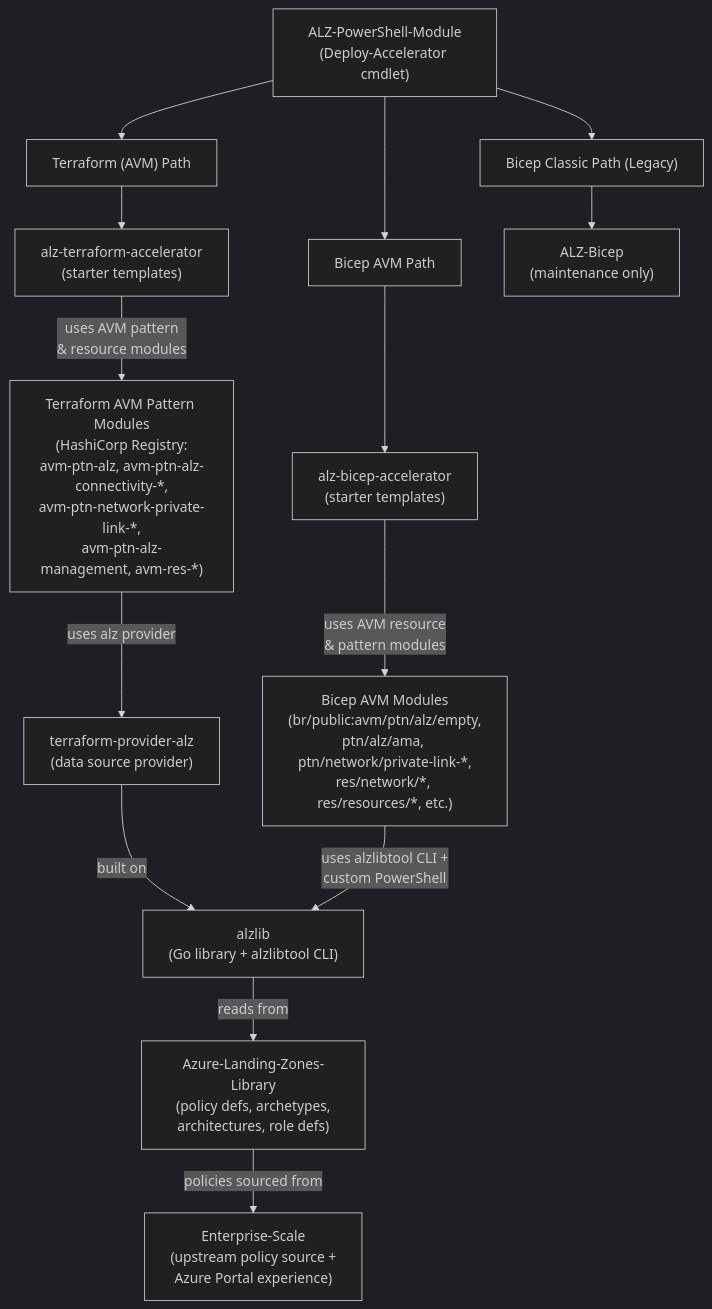
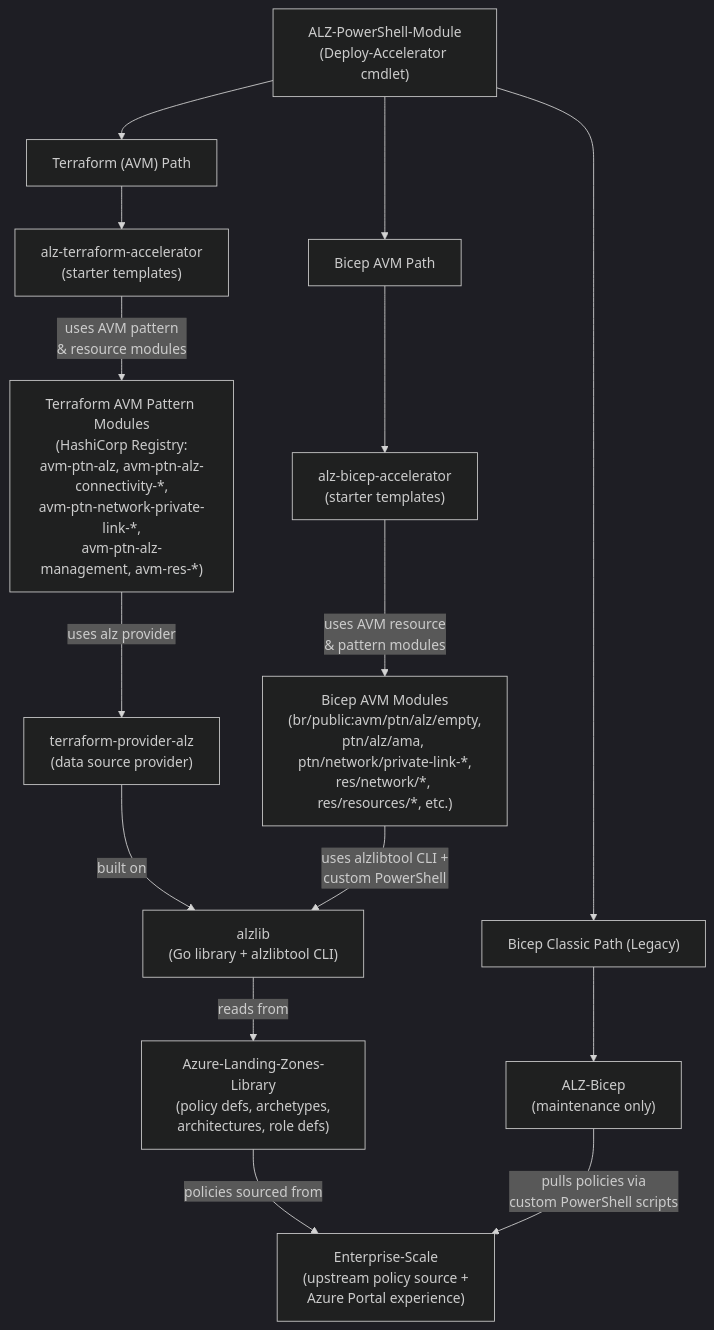
One commit to Azure/Azure-Landing-Zones changed the first of 2 diagrams in .github/copilot-instructions.md. Above: the diagram before and after it, drawn with Mermaid (dark theme). The commit also changed other lines of this file, not shown here.

````diff
--- a/.github/copilot-instructions.md
+++ b/.github/copilot-instructions.md
@@ -26,22 +26,23 @@
 ```mermaid
 graph TD
     PSModule["ALZ-PowerShell-Module<br/>(Deploy-Accelerator cmdlet)"]
 
     PSModule --> TFPath["Terraform (AVM) Path"]
     PSModule --> BicepPath["Bicep AVM Path"]
     PSModule --> ClassicPath["Bicep Classic Path (Legacy)"]
 
     TFPath --> TFAccel["alz-terraform-accelerator<br/>(starter templates)"]
     BicepPath --> BicepAccel["alz-bicep-accelerator<br/>(starter templates)"]
     ClassicPath --> ALZBicep["ALZ-Bicep<br/>(maintenance only)"]
 
     TFAccel -- "uses AVM pattern<br/>& resource modules" --> TFModules["Terraform AVM Pattern Modules<br/>(HashiCorp Registry:<br/>avm-ptn-alz, avm-ptn-alz-connectivity-*,<br/>avm-ptn-network-private-link-*,<br/>avm-ptn-alz-management, avm-res-*)"]
     BicepAccel -- "uses AVM resource<br/>& pattern modules" --> BicepModules["Bicep AVM Modules<br/>(br/public:avm/ptn/alz/empty,<br/>ptn/alz/ama, ptn/network/private-link-*,<br/>res/network/*, res/resources/*, etc.)"]
 
     TFModules -- "uses alz provider" --> TFProvider["terraform-provider-alz<br/>(data source provider)"]
     TFProvider -- "built on" --> alzlib["alzlib<br/>(Go library + alzlibtool CLI)"]
     BicepModules -- "uses alzlibtool CLI +<br/>custom PowerShell" --> alzlib
 
     alzlib -- "reads from" --> Library["Azure-Landing-Zones-Library<br/>(policy defs, archetypes,<br/>architectures, role defs)"]
     Library -- "policies sourced from" --> ES["Enterprise-Scale<br/>(upstream policy source +<br/>Azure Portal experience)"]
+    ALZBicep -- "pulls policies via<br/>custom PowerShell scripts" --> ES
 ```
````
